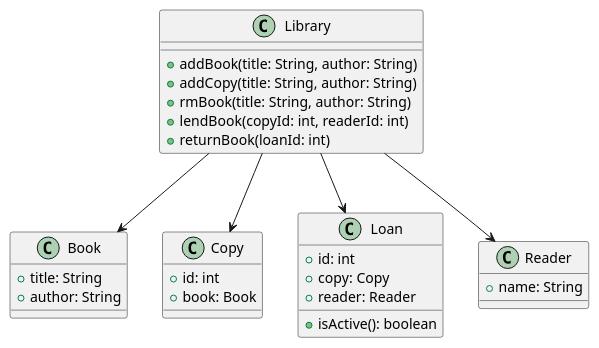
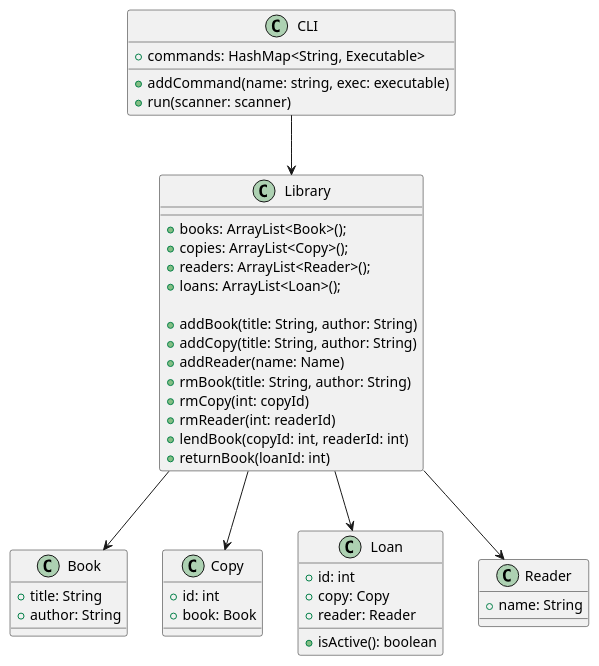
The diagram in list2/library/diagram.puml (ShrikeBin/SoftEng), drawn with PlantUML before and after one commit. The commit also changed 1 other file, not shown here.

Commit message:
fixed diagrams

```diff
--- a/list2/library/diagram.puml
+++ b/list2/library/diagram.puml
@@ -1,36 +1,54 @@
 @startuml class
+
+class CLI
+{
+    +commands: HashMap<String, Executable>
+
+    +addCommand(name: string, exec: executable)
+    +run(scanner: scanner)
+}
+
 class Library 
 {
+    +books: ArrayList<Book>();
+    +copies: ArrayList<Copy>();
+    +readers: ArrayList<Reader>();
+    +loans: ArrayList<Loan>();
+
     +addBook(title: String, author: String)
     +addCopy(title: String, author: String)
+    +addReader(name: Name)
     +rmBook(title: String, author: String)
+    +rmCopy(int: copyId)
+    +rmReader(int: readerId)
     +lendBook(copyId: int, readerId: int)
     +returnBook(loanId: int)
 }
 
 class Book {
     +title: String
     +author: String
 }
 
 class Copy {
     +id: int
     +book: Book
 }
 
 class Loan {
     +id: int
     +copy: Copy
     +reader: Reader
     +isActive(): boolean
 }
 
 class Reader {
     +name: String
 }
 
+CLI --> Library
 Library --> Book
 Library --> Copy
 Library --> Loan
 Library --> Reader
 @enduml
```
